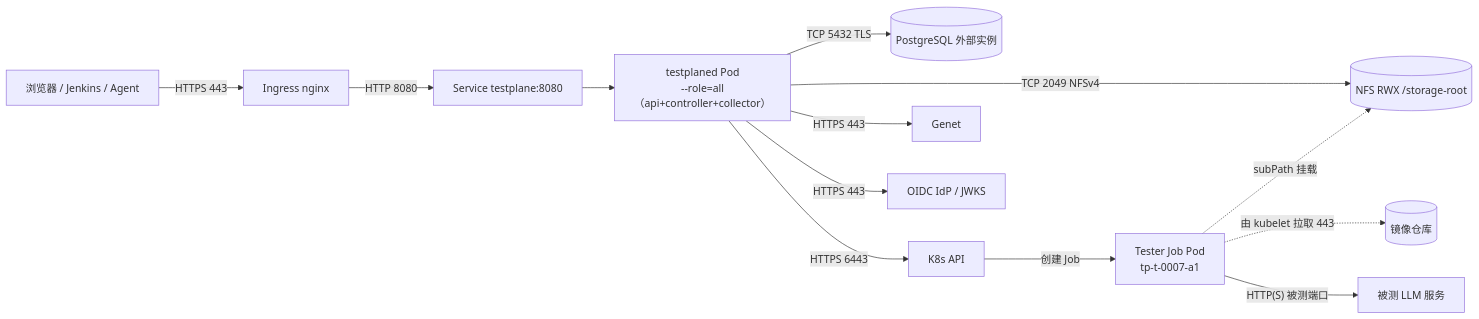
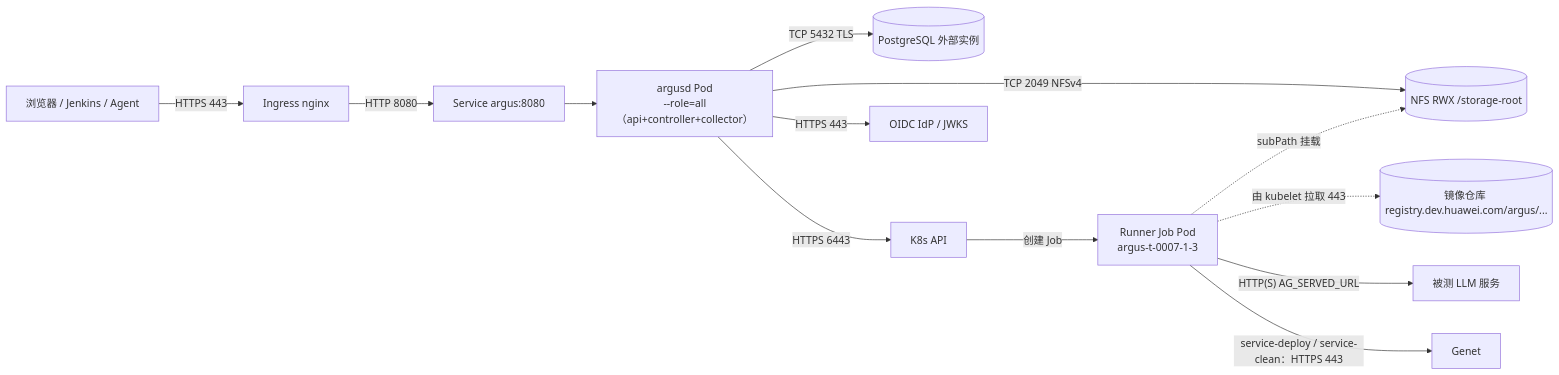
Before and after one commit to ucm-system/testplane: the diagram in design/views/06-physical-view.md, drawn with Mermaid. The commit also changed other lines of this file and 471 other files, not shown here.

First line of the commit message:
Argus v2：平台更名与 Runner 化改造（规约 → 文档 → 契约 → 代码） (#94)

````diff
--- a/design/views/06-physical-view.md
+++ b/design/views/06-physical-view.md
@@ -13,15 +13,15 @@
 ```mermaid
 flowchart LR
   U["浏览器 / Jenkins / Agent"] -->|"HTTPS 443"| ING["Ingress nginx"]
-  ING -->|"HTTP 8080"| SVC["Service testplane:8080"]
-  SVC --> POD["testplaned Pod<br/>--role=all（api+controller+collector）"]
+  ING -->|"HTTP 8080"| SVC["Service argus:8080"]
+  SVC --> POD["argusd Pod<br/>--role=all（api+controller+collector）"]
   POD -->|"TCP 5432 TLS"| PG[("PostgreSQL 外部实例")]
   POD -->|"TCP 2049 NFSv4"| NFS[("NFS RWX /storage-root")]
   POD -->|"HTTPS 6443"| KAPI["K8s API"]
-  POD -->|"HTTPS 443"| GEN["Genet"]
   POD -->|"HTTPS 443"| OIDC["OIDC IdP / JWKS"]
-  KAPI -->|"创建 Job"| JOB["Tester Job Pod<br/>tp-t-0007-a1"]
-  JOB -.->|"由 kubelet 拉取 443"| REG[("镜像仓库")]
+  KAPI -->|"创建 Job"| JOB["Runner Job Pod<br/>argus-t-0007-1-3"]
+  JOB -.->|"由 kubelet 拉取 443"| REG[("镜像仓库 registry.dev.huawei.com/argus/...")]
   JOB -.->|"subPath 挂载"| NFS
-  JOB -->|"HTTP(S) 被测端口"| SVCX["被测 LLM 服务"]
+  JOB -->|"HTTP(S) AG_SERVED_URL"| SVCX["被测 LLM 服务"]
+  JOB -->|"service-deploy / service-clean：HTTPS 443"| GEN["Genet"]
 ```
````
